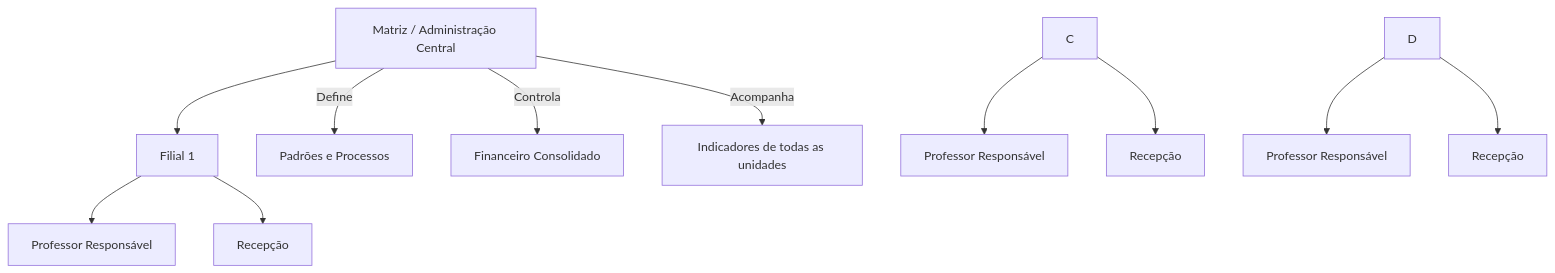
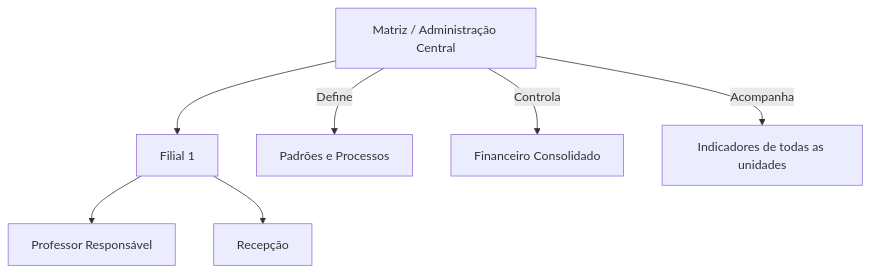
One commit to Uriasmanu/Obsidian changed the first of 9 diagrams in Manual de Gestão para Redes de Academias de Artes Marciais.md. Above: the diagram before and after it, drawn with Mermaid.

````diff
--- a/Manual de Gestão para Redes de Academias de Artes Marciais.md
+++ b/Manual de Gestão para Redes de Academias de Artes Marciais.md
@@ -88,13 +88,9 @@
 ```mermaid
 flowchart TD
     A[Matriz / Administração Central] --> B[Filial 1]
     A -->|Define| E[Padrões e Processos]
     A -->|Controla| F[Financeiro Consolidado]
     A -->|Acompanha| G[Indicadores de todas as unidades]
     B --> H[Professor Responsável]
     B --> I[Recepção]
-    C --> J[Professor Responsável]
-    C --> K[Recepção]
-    D --> L[Professor Responsável]
-    D --> M[Recepção]
 ```
````
